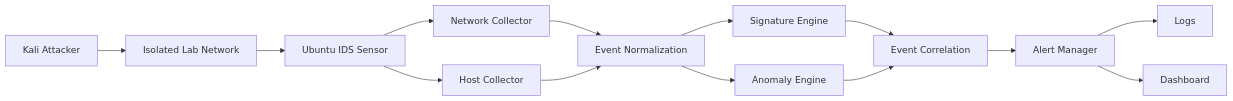
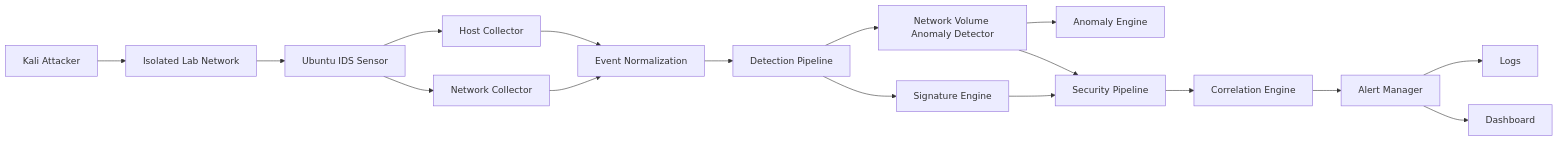
The diagram in README.md (D4NYED/mini-ids), drawn with Mermaid before and after one commit. The commit also changed other lines of this file and 1 other file, not shown here.

Commit message:
docs: update project status and detection architecture

````diff
--- a/README.md
+++ b/README.md
@@ -64,21 +75,27 @@
 ```mermaid
 flowchart LR
     A[Kali Attacker] --> B[Isolated Lab Network]
     B --> C[Ubuntu IDS Sensor]
 
     C --> D[Network Collector]
     C --> E[Host Collector]
 
     D --> F[Event Normalization]
     E --> F
 
-    F --> G[Signature Engine]
-    F --> H[Anomaly Engine]
+    F --> G[Detection Pipeline]
 
-    G --> I[Event Correlation]
-    H --> I
+    G --> H[Signature Engine]
+    G --> I[Network Volume Anomaly Detector]
 
-    I --> J[Alert Manager]
-    J --> K[Logs]
-    J --> L[Dashboard]
+    I --> J[Anomaly Engine]
+
+    H --> K[Security Pipeline]
+    I --> K
+
+    K --> L[Correlation Engine]
+    L --> M[Alert Manager]
+
+    M --> N[Logs]
+    M --> O[Dashboard]
 ```
````
